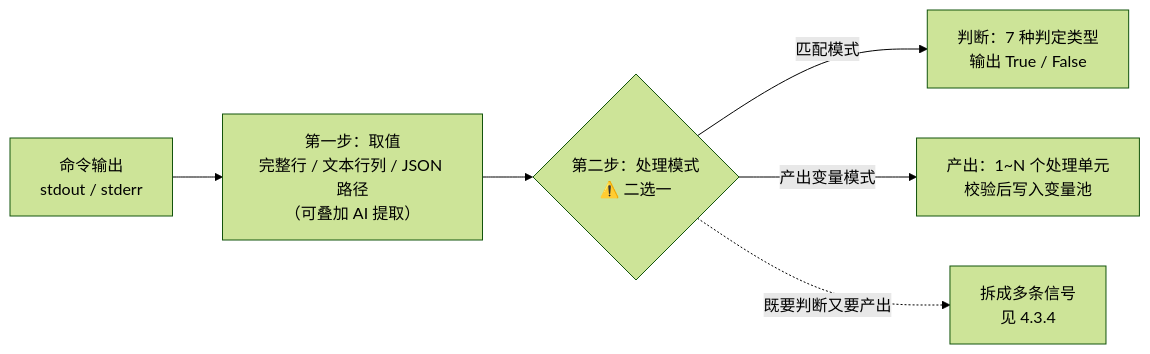
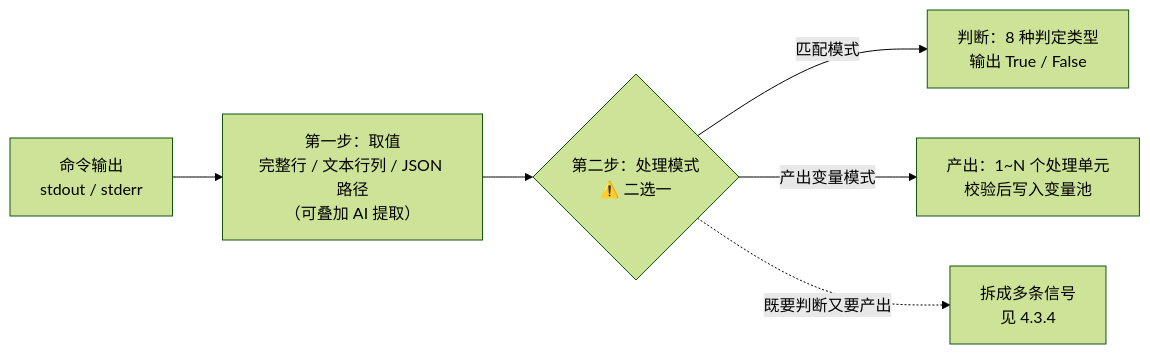
Before and after one commit to tomturing/hci-troubleshoot-platform: the sixth of 8 diagrams in docs/solution/agent/KBD审核发布操作指南.md, drawn with Mermaid (forest theme). The commit also changed other lines of this file, not shown here.

````diff
--- a/docs/solution/agent/KBD审核发布操作指南.md
+++ b/docs/solution/agent/KBD审核发布操作指南.md
@@ -370,8 +453,8 @@
 ```mermaid
 flowchart LR
     A["命令输出<br/>stdout / stderr"] --> B["第一步：取值<br/>完整行 / 文本行列 / JSON 路径<br/>（可叠加 AI 提取）"]
     B --> C{"第二步：处理模式<br/>⚠️ 二选一"}
-    C -->|"匹配模式"| D["判断：7 种判定类型<br/>输出 True / False"]
+    C -->|"匹配模式"| D["判断：8 种判定类型<br/>输出 True / False"]
     C -->|"产出变量模式"| E["产出：1~N 个处理单元<br/>校验后写入变量池"]
     C -.->|"既要判断又要产出"| F["拆成多条信号<br/>见 4.3.4"]
 ```
````
